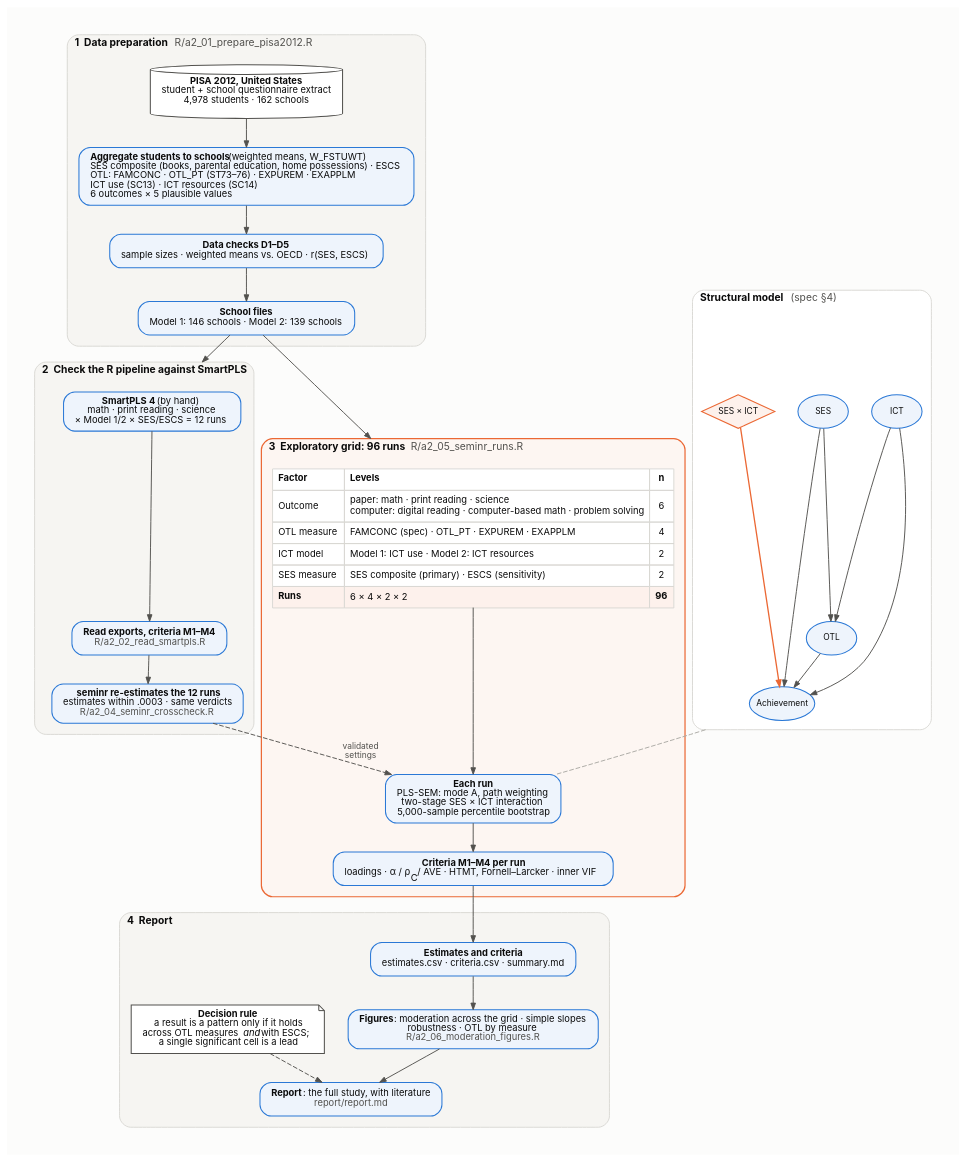
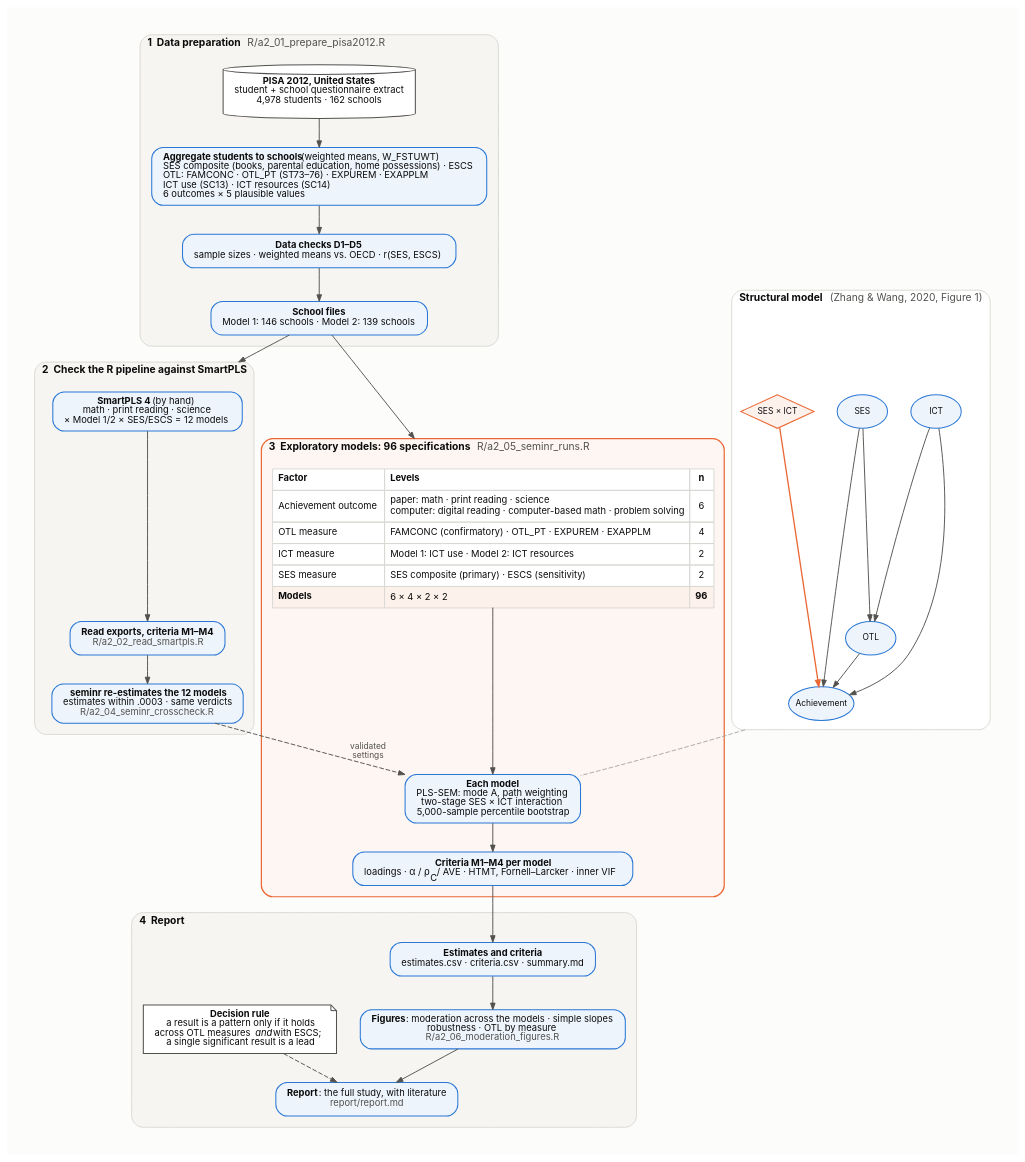
The diagram in report/figures/fig0_design_flowchart.dot (wangqiu-syr/ses-olt-achievement-TIMSS2011vsPISA2012), drawn with Graphviz before and after one commit. The commit also changed 9 other files, not shown here.

First line of the commit message:
Report review: figure order, one title, plain terms, full names in notes

```diff
--- a/report/figures/fig0_design_flowchart.dot
+++ b/report/figures/fig0_design_flowchart.dot
@@ -1,86 +1,86 @@
-// Design and procedure of the A2 analysis and its exploratory 96-run grid.
+// Design and procedure of the A2 analysis and its 96 exploratory models.
 // Render from the repository root:
 //   dot -Tpng -Gdpi=200 report/figures/fig0_design_flowchart.dot -o report/figures/fig0_design_flowchart.png
 //   dot -Tsvg           report/figures/fig0_design_flowchart.dot -o report/figures/fig0_design_flowchart.svg
 digraph design {
   graph [rankdir=TB, fontname="Inter", fontsize=11, bgcolor="#fcfcfb", nodesep=0.35, ranksep=0.42,
          pad=0.3, newrank=true, compound=true, labeljust=l];
   node  [shape=box, style="rounded,filled", fontname="Inter", fontsize=10, color="#2a78d6",
          fillcolor="#eef4fc", fontcolor="#0b0b0b", penwidth=1.1, margin="0.16,0.08"];
   edge  [color="#52514e", arrowsize=0.7, penwidth=1.0, fontname="Inter", fontsize=9, fontcolor="#52514e"];
 
   // ---------------------------------------------------------------- 1. data
   subgraph cluster_data {
     label=<<B>1  Data preparation</B>  <FONT COLOR="#52514e">R/a2_01_prepare_pisa2012.R</FONT>>;
     style="rounded,filled"; color="#d9d8d3"; fillcolor="#f6f5f2"; fontcolor="#0b0b0b"; margin=12;
     raw    [shape=cylinder, fillcolor="#ffffff", color="#52514e",
             label=<<B>PISA 2012, United States</B><BR/>student + school questionnaire extract<BR/>4,978 students · 162 schools>];
     prep   [label=<<B>Aggregate students to schools</B> (weighted means, W_FSTUWT)<BR ALIGN="LEFT"/>SES composite (books, parental education, home possessions) · ESCS<BR ALIGN="LEFT"/>OTL: FAMCONC · OTL_PT (ST73–76) · EXPUREM · EXAPPLM<BR ALIGN="LEFT"/>ICT use (SC13) · ICT resources (SC14)<BR ALIGN="LEFT"/>6 outcomes × 5 plausible values<BR ALIGN="LEFT"/>>];
     checks [label=<<B>Data checks D1–D5</B><BR/>sample sizes · weighted means vs. OECD · r(SES, ESCS)>];
     files  [label=<<B>School files</B><BR/>Model 1: 146 schools · Model 2: 139 schools>];
     raw -> prep -> checks -> files;
   }
 
   // ---------------------------------------------------------------- 2. validation
   subgraph cluster_valid {
     label=<<B>2  Check the R pipeline against SmartPLS</B>>;
     style="rounded,filled"; color="#d9d8d3"; fillcolor="#f6f5f2"; fontcolor="#0b0b0b"; margin=12;
-    smartpls [label=<<B>SmartPLS 4</B> (by hand)<BR/>math · print reading · science<BR/>× Model 1/2 × SES/ESCS = 12 runs>];
+    smartpls [label=<<B>SmartPLS 4</B> (by hand)<BR/>math · print reading · science<BR/>× Model 1/2 × SES/ESCS = 12 models>];
     readsp   [label=<<B>Read exports, criteria M1–M4</B><BR/><FONT COLOR="#52514e">R/a2_02_read_smartpls.R</FONT>>];
-    cross    [label=<<B>seminr re-estimates the 12 runs</B><BR/>estimates within .0003 · same verdicts<BR/><FONT COLOR="#52514e">R/a2_04_seminr_crosscheck.R</FONT>>];
+    cross    [label=<<B>seminr re-estimates the 12 models</B><BR/>estimates within .0003 · same verdicts<BR/><FONT COLOR="#52514e">R/a2_04_seminr_crosscheck.R</FONT>>];
     smartpls -> readsp -> cross;
   }
 
   // ---------------------------------------------------------------- model (inset)
   subgraph cluster_model {
-    label=<<B>Structural model</B>  <FONT COLOR="#52514e">(spec §4)</FONT>>;
+    label=<<B>Structural model</B>  <FONT COLOR="#52514e">(Zhang &amp; Wang, 2020, Figure 1)</FONT>>;
     style="rounded,filled"; color="#d9d8d3"; fillcolor="#ffffff"; fontcolor="#0b0b0b"; margin=10;
     node [shape=ellipse, style="filled", fillcolor="#eef4fc", color="#2a78d6", margin="0.06,0.03", fontsize=9];
     mSES [label="SES"]; mICT [label="ICT"]; mOTL [label="OTL"]; mACH [label="Achievement"];
     mINT [label="SES × ICT", shape=diamond, fillcolor="#fdf1ec", color="#eb6834"];
     // invisible anchor fixes the left-to-right order SES, SES × ICT, ICT
     mAnc [shape=point, style=invis, width=0, height=0, label="", ordering=out];
     mAnc -> mSES [style=invis]; mAnc -> mINT [style=invis]; mAnc -> mICT [style=invis];
     mSES -> mOTL; mICT -> mOTL; mSES -> mACH; mICT -> mACH; mOTL -> mACH;
     mINT -> mACH [color="#eb6834", penwidth=1.4];
     {rank=same; mSES; mINT; mICT}
   }
 
   // ---------------------------------------------------------------- 3. grid
   subgraph cluster_grid {
-    label=<<B>3  Exploratory grid: 96 runs</B>  <FONT COLOR="#52514e">R/a2_05_seminr_runs.R</FONT>>;
+    label=<<B>3  Exploratory models: 96 specifications</B>  <FONT COLOR="#52514e">R/a2_05_seminr_runs.R</FONT>>;
     style="rounded,filled"; color="#eb6834"; fillcolor="#fdf6f2"; fontcolor="#0b0b0b"; margin=12; penwidth=1.3;
     factors [shape=plain, style="", label=<
       <TABLE BORDER="0" CELLBORDER="1" CELLSPACING="0" CELLPADDING="5" COLOR="#d9d8d3" BGCOLOR="#ffffff">
         <TR><TD ALIGN="LEFT"><B>Factor</B></TD><TD ALIGN="LEFT"><B>Levels</B></TD><TD><B>n</B></TD></TR>
-        <TR><TD ALIGN="LEFT">Outcome</TD><TD ALIGN="LEFT">paper: math · print reading · science<BR ALIGN="LEFT"/>computer: digital reading · computer-based math · problem solving<BR ALIGN="LEFT"/></TD><TD>6</TD></TR>
-        <TR><TD ALIGN="LEFT">OTL measure</TD><TD ALIGN="LEFT">FAMCONC (spec) · OTL_PT · EXPUREM · EXAPPLM</TD><TD>4</TD></TR>
-        <TR><TD ALIGN="LEFT">ICT model</TD><TD ALIGN="LEFT">Model 1: ICT use · Model 2: ICT resources</TD><TD>2</TD></TR>
+        <TR><TD ALIGN="LEFT">Achievement outcome</TD><TD ALIGN="LEFT">paper: math · print reading · science<BR ALIGN="LEFT"/>computer: digital reading · computer-based math · problem solving<BR ALIGN="LEFT"/></TD><TD>6</TD></TR>
+        <TR><TD ALIGN="LEFT">OTL measure</TD><TD ALIGN="LEFT">FAMCONC (confirmatory) · OTL_PT · EXPUREM · EXAPPLM</TD><TD>4</TD></TR>
+        <TR><TD ALIGN="LEFT">ICT measure</TD><TD ALIGN="LEFT">Model 1: ICT use · Model 2: ICT resources</TD><TD>2</TD></TR>
         <TR><TD ALIGN="LEFT">SES measure</TD><TD ALIGN="LEFT">SES composite (primary) · ESCS (sensitivity)</TD><TD>2</TD></TR>
-        <TR><TD ALIGN="LEFT" BGCOLOR="#fdf1ec"><B>Runs</B></TD><TD ALIGN="LEFT" BGCOLOR="#fdf1ec">6 × 4 × 2 × 2</TD><TD BGCOLOR="#fdf1ec"><B>96</B></TD></TR>
+        <TR><TD ALIGN="LEFT" BGCOLOR="#fdf1ec"><B>Models</B></TD><TD ALIGN="LEFT" BGCOLOR="#fdf1ec">6 × 4 × 2 × 2</TD><TD BGCOLOR="#fdf1ec"><B>96</B></TD></TR>
       </TABLE>>];
-    est  [label=<<B>Each run</B><BR/>PLS-SEM: mode A, path weighting<BR/>two-stage SES × ICT interaction<BR/>5,000-sample percentile bootstrap>];
-    crit [label=<<B>Criteria M1–M4 per run</B><BR/>loadings · α / ρ<SUB>C</SUB> / AVE · HTMT, Fornell–Larcker · inner VIF>];
+    est  [label=<<B>Each model</B><BR/>PLS-SEM: mode A, path weighting<BR/>two-stage SES × ICT interaction<BR/>5,000-sample percentile bootstrap>];
+    crit [label=<<B>Criteria M1–M4 per model</B><BR/>loadings · α / ρ<SUB>C</SUB> / AVE · HTMT, Fornell–Larcker · inner VIF>];
     factors -> est -> crit;
   }
 
   // ---------------------------------------------------------------- 4. report
   subgraph cluster_report {
     label=<<B>4  Report</B>>;
     style="rounded,filled"; color="#d9d8d3"; fillcolor="#f6f5f2"; fontcolor="#0b0b0b"; margin=12;
     outs [label=<<B>Estimates and criteria</B><BR/>estimates.csv · criteria.csv · summary.md>];
     rule [shape=note, fillcolor="#ffffff", color="#52514e",
-          label=<<B>Decision rule</B><BR/>a result is a pattern only if it holds<BR/>across OTL measures <I>and</I> with ESCS;<BR/>a single significant cell is a lead>];
-    figs [label=<<B>Figures</B>: moderation across the grid · simple slopes<BR/>robustness · OTL by measure<BR/><FONT COLOR="#52514e">R/a2_06_moderation_figures.R</FONT>>];
+          label=<<B>Decision rule</B><BR/>a result is a pattern only if it holds<BR/>across OTL measures <I>and</I> with ESCS;<BR/>a single significant result is a lead>];
+    figs [label=<<B>Figures</B>: moderation across the models · simple slopes<BR/>robustness · OTL by measure<BR/><FONT COLOR="#52514e">R/a2_06_moderation_figures.R</FONT>>];
     rep  [label=<<B>Report</B>: the full study, with literature<BR/><FONT COLOR="#52514e">report/report.md</FONT>>];
     outs -> figs -> rep;
     rule -> rep [style=dashed];
   }
 
   // ---------------------------------------------------------------- links between stages
   files -> smartpls [lhead=cluster_valid];
   files -> factors  [lhead=cluster_grid];
   cross -> est      [label="  validated\n  settings", style=dashed];
   mACH  -> est      [ltail=cluster_model, style=dashed, arrowhead=none, color="#a9a8a3"];
   crit  -> outs;
 }
```
